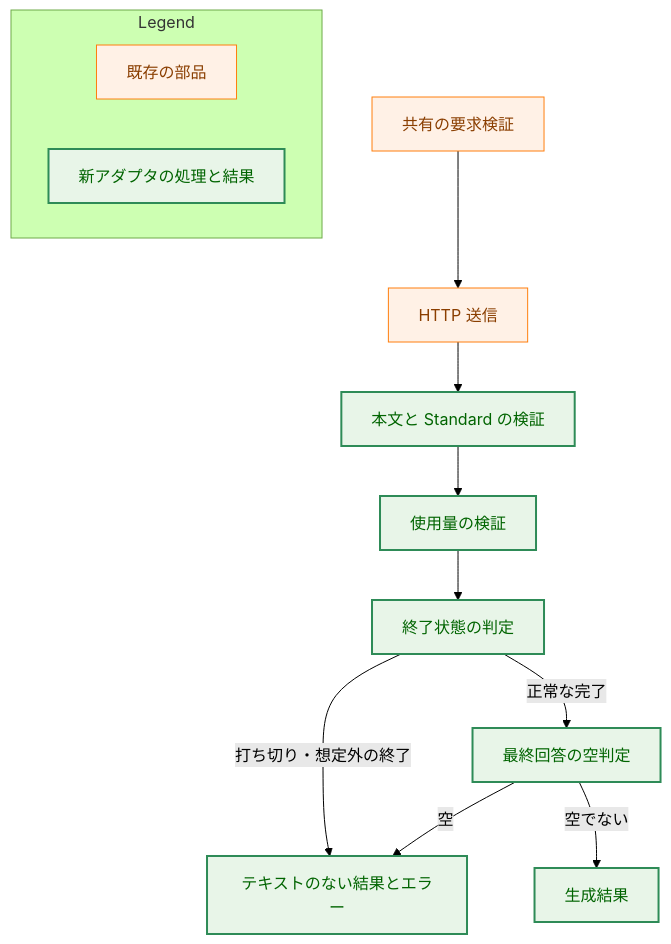
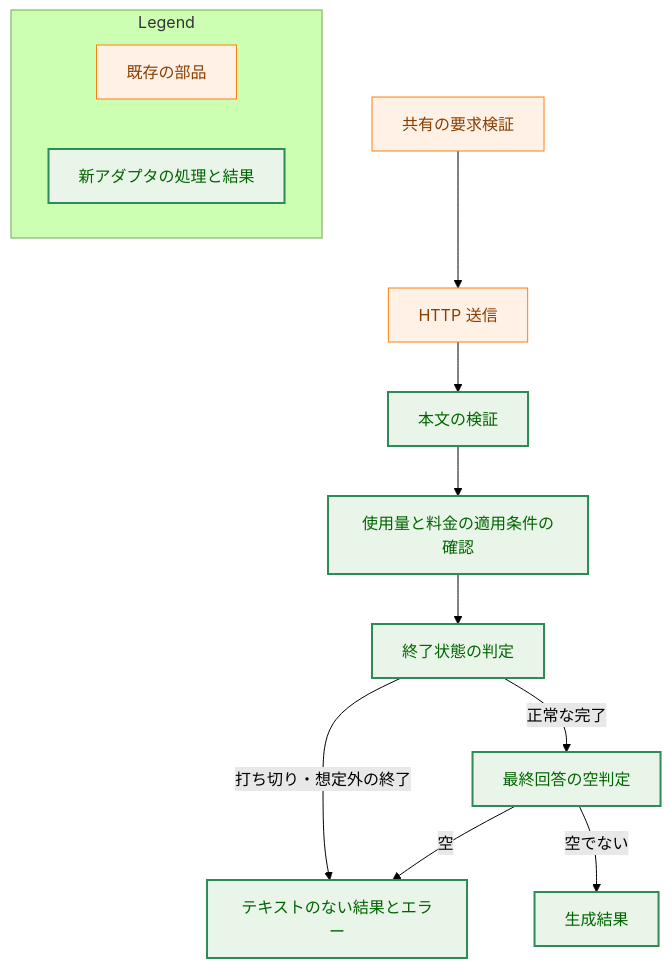
Before and after one commit to isseis/yt2column: the sixth of 6 diagrams in docs/tasks/0077_openai_llm_client/02_architecture.md, drawn with Mermaid (forest theme). The commit also changed other lines of this file and 4 other files, not shown here.

````diff
--- a/docs/tasks/0077_openai_llm_client/02_architecture.md
+++ b/docs/tasks/0077_openai_llm_client/02_architecture.md
@@ -360,21 +389,21 @@
 ```mermaid
 flowchart TD
     classDef process fill:#fff1e6,stroke:#ff7f0e,stroke-width:1px,color:#8a3e00;
     classDef enhanced fill:#e8f5e8,stroke:#2e8b57,stroke-width:2px,color:#006400;
     IN["共有の要求検証"] --> SEND["HTTP 送信"]
-    SEND --> SHAPE["本文と Standard の検証"]
-    SHAPE --> USAGE["使用量の検証"]
+    SEND --> SHAPE["本文の検証"]
+    SHAPE --> USAGE["使用量と料金の適用条件の確認"]
     USAGE --> FINISH["終了状態の判定"]
     FINISH -->|"正常な完了"| EMPTY["最終回答の空判定"]
     FINISH -->|"打ち切り・想定外の終了"| REJECT["テキストのない結果とエラー"]
     EMPTY -->|"空"| REJECT
     EMPTY -->|"空でない"| OK["生成結果"]
     class IN,SEND process
     class SHAPE,USAGE,FINISH,EMPTY,REJECT,OK enhanced
     subgraph Legend["Legend"]
         L1["既存の部品"]
         L2["新アダプタの処理と結果"]
     end
     class L1 process
     class L2 enhanced
 ```
````
